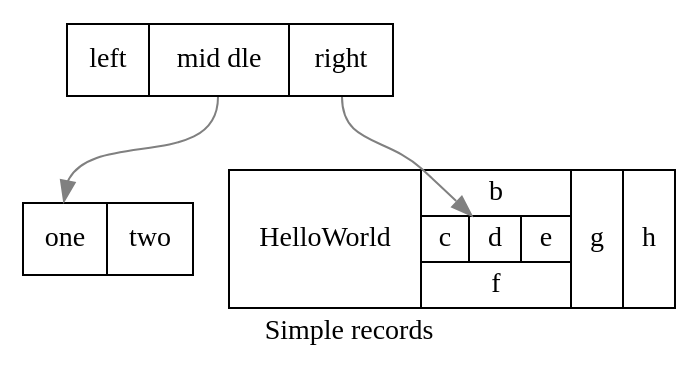
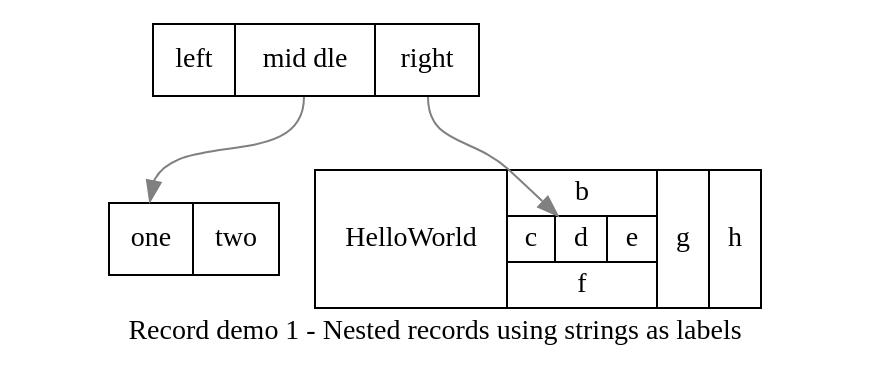
One commit to graphviz-perl/GraphViz2 changed the diagram in data/record.1.dot. Above: the diagram before and after it, drawn with Graphviz. The commit also changed 35 other files, not shown here.

Commit message:
Remove record.2.dot & html. Re-create demo

```diff
--- a/data/record.1.dot
+++ b/data/record.1.dot
@@ -1,16 +1,16 @@
 digraph Perl
 {
-graph [ label="Simple records" ]
+graph [ label="Record demo 1 - Nested records using strings as labels" ]
 node [ shape="record" ]
 edge [ color="grey" ]
 "struct1" [ label="<f0> left|<f1> mid dle|<f2> right" ]
 "struct2" [ label="<f0> one|<f1> two" ]
 "struct3" [ label="Hello
 World |{ b |{c|<here> d|e}| f}| g | h" ]
 struct1:f1
 struct2:f0
 struct1:f1 -> struct2:f0 [ label="" ]
 struct1:f2
 struct3:here
 struct1:f2 -> struct3:here [ label="" ]
 }
```
